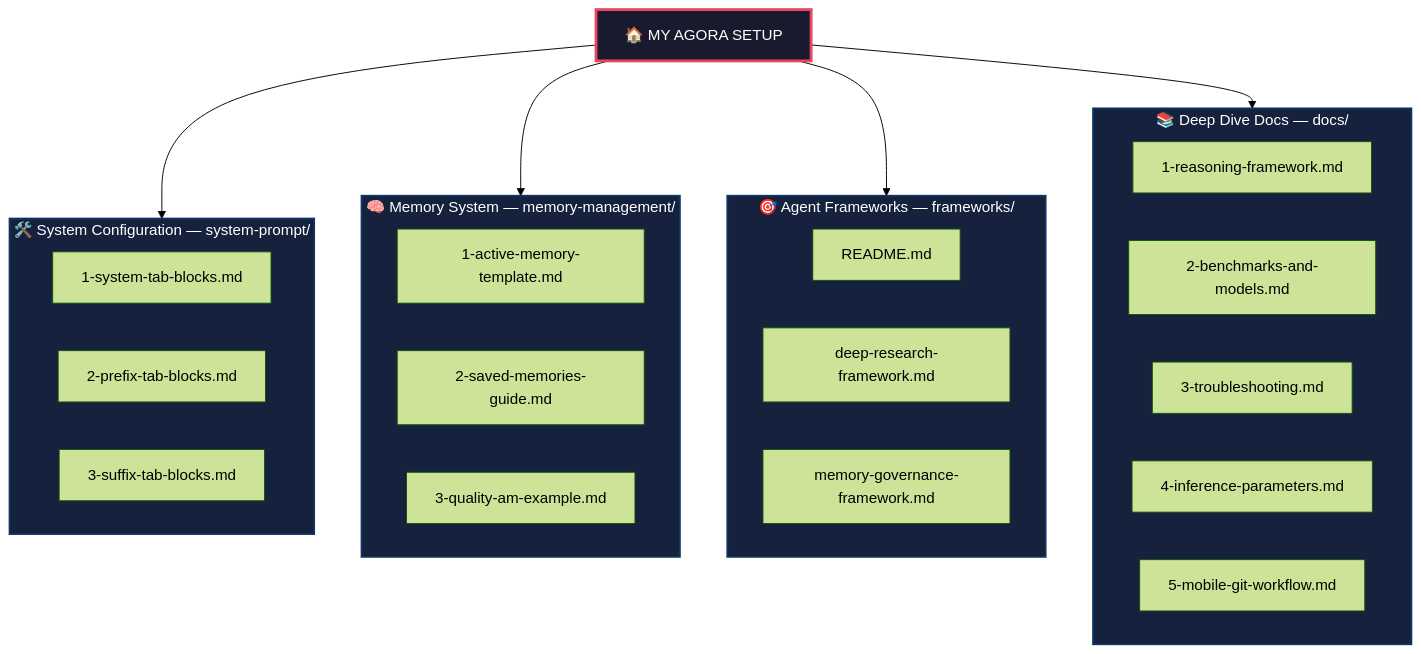
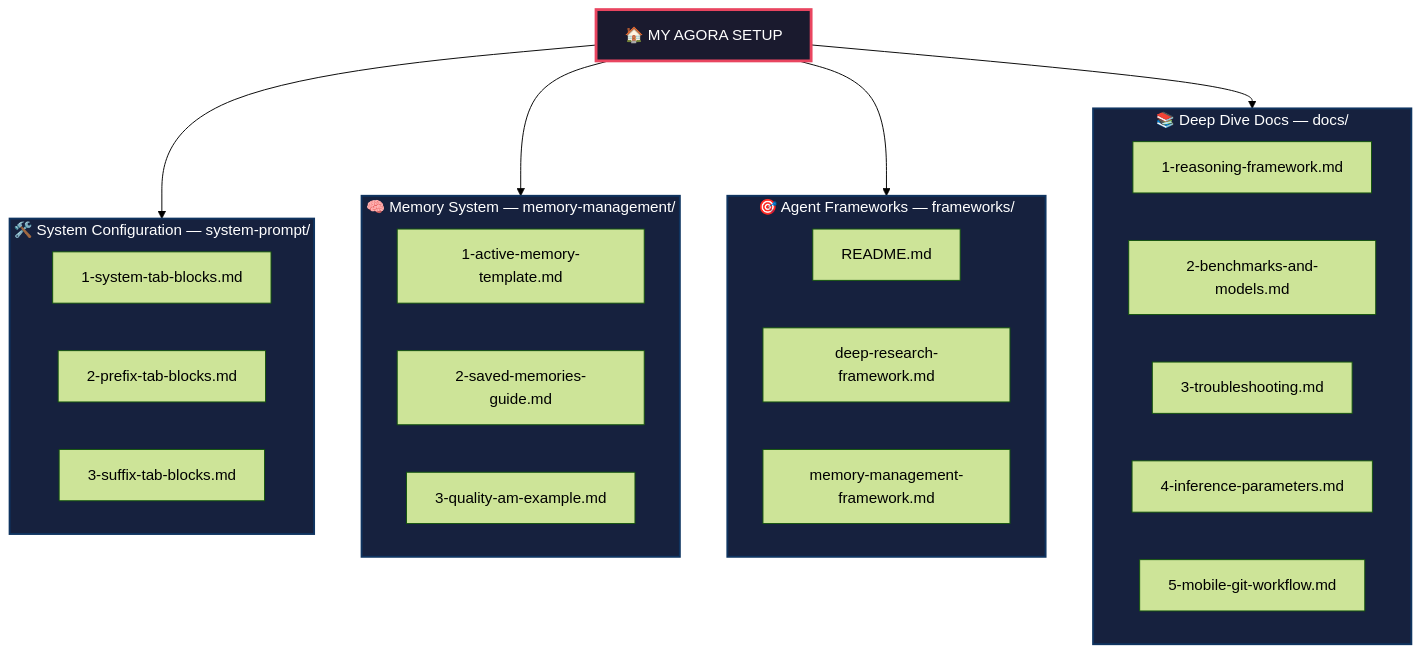
One commit to painter99/agora-pro-setup changed the diagram in README.md. Above: the diagram before and after it, drawn with Mermaid (forest theme). The commit also changed other lines of this file and 4 other files, not shown here.

````diff
--- a/README.md
+++ b/README.md
@@ -13,41 +13,41 @@
 ```mermaid
 flowchart TD
     A["🏠 MY AGORA SETUP"]
     
     subgraph sys ["🛠️ System Configuration — system-prompt/"]
         B1["1-system-tab-blocks.md"]
         B2["2-prefix-tab-blocks.md"]
         B3["3-suffix-tab-blocks.md"]
     end
     
     subgraph mem ["🧠 Memory System — memory-management/"]
         C1["1-active-memory-template.md"]
         C2["2-saved-memories-guide.md"]
         C3["3-quality-am-example.md"]
     end
 
     subgraph fwk ["🎯 Agent Frameworks — frameworks/"]
         F1["README.md"]
         F2["deep-research-framework.md"]
-        F3["memory-governance-framework.md"]
+        F3["memory-management-framework.md"]
     end
 
     subgraph doc ["📚 Deep Dive Docs — docs/"]
         D1["1-reasoning-framework.md"]
         D2["2-benchmarks-and-models.md"]
         D3["3-troubleshooting.md"]
         D4["4-inference-parameters.md"]
         D5["5-mobile-git-workflow.md"]
     end
 
     A --> sys
     A --> mem
     A --> fwk
     A --> doc
     
     style A fill:#1a1a2e,stroke:#e94560,color:#fff,stroke-width:3px
     style sys fill:#16213e,stroke:#0f3460,color:#fff,stroke-width:2px
     style mem fill:#16213e,stroke:#0f3460,color:#fff,stroke-width:2px
     style fwk fill:#16213e,stroke:#0f3460,color:#fff,stroke-width:2px
     style doc fill:#16213e,stroke:#0f3460,color:#fff,stroke-width:2px
 ```
````
